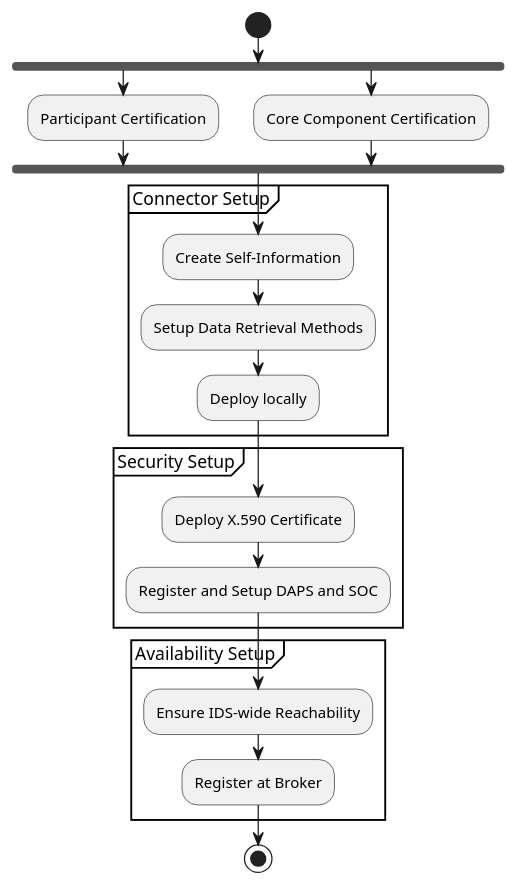
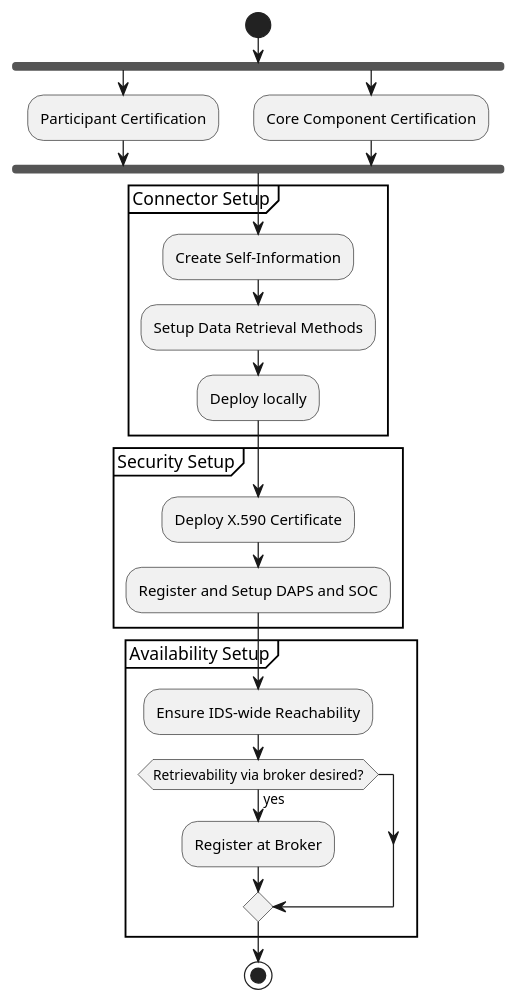
One commit to IndustrialDataSpace/Documentation changed the diagram in stage0_setup.plantuml. Above: the diagram before and after it, drawn with PlantUML.

Commit message:
indicate that broker registration is optional

```diff
--- a/stage0_setup.plantuml
+++ b/stage0_setup.plantuml
@@ -1,29 +1,33 @@
 @startuml
 
 start
 
 fork
 :Participant Certification;
 fork again
 :Core Component Certification;
 end fork
 
 partition "Connector Setup" {
 	:Create Self-Information;
 	:Setup Data Retrieval Methods;
 	:Deploy locally;
 }
 
 partition "Security Setup" {
     :Deploy X.590 Certificate;
     :Register and Setup DAPS and SOC;
 }
 
 partition "Availability Setup" {
     :Ensure IDS-wide Reachability;
-    :Register at Broker;
+
+    if (Retrievability via broker desired?) then (yes)
+        :Register at Broker;
+    endif
+
 }
 
 stop
 
 @enduml
```
